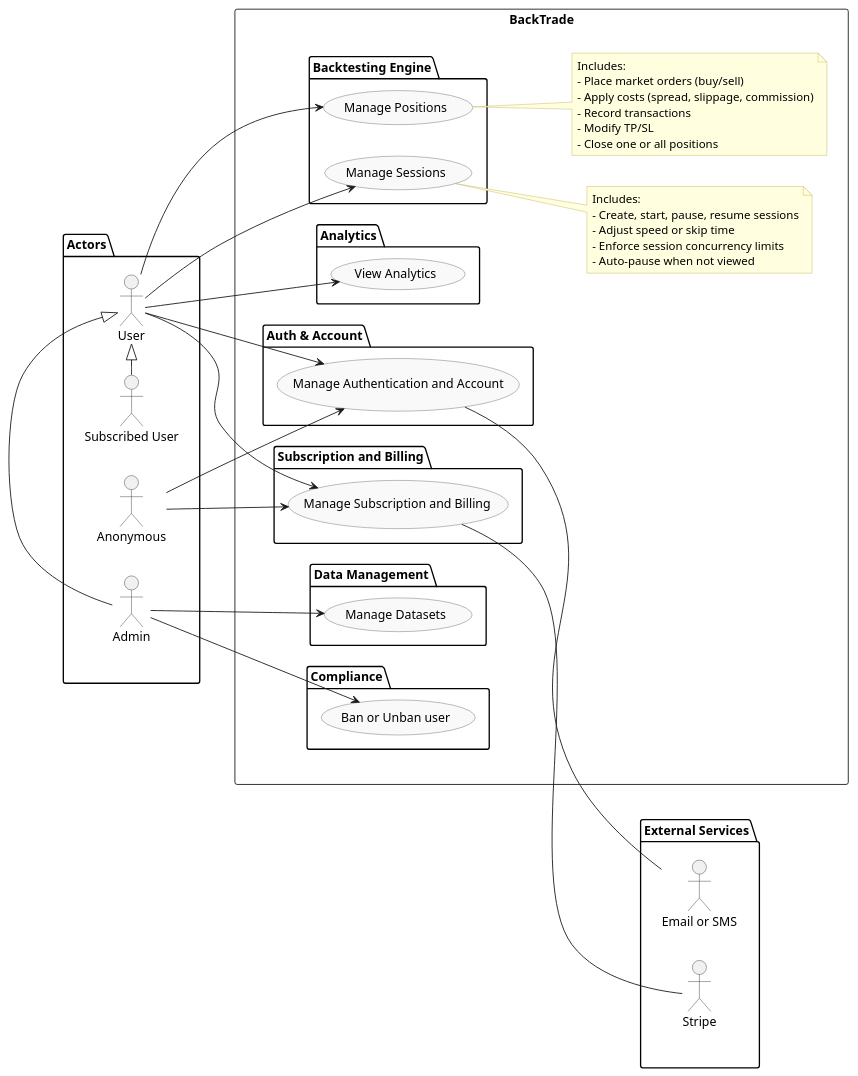
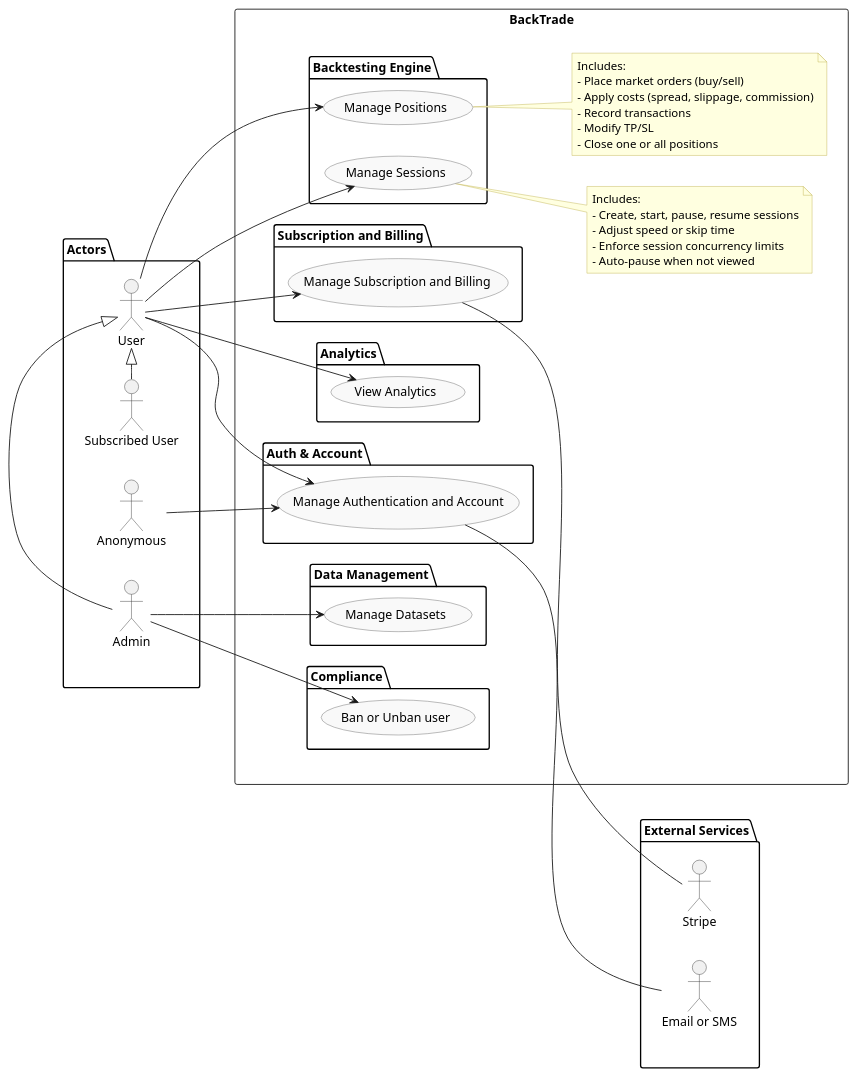
One commit to DamienReichhart/BackTrade changed the diagram in documentation/use-cases/use-cases.iuml. Above: the diagram before and after it, drawn with PlantUML. The commit also changed 1 other file, not shown here.

Commit message:
Updated use case diagram to remoove ananymous users to manage subscriptions

```diff
--- a/documentation/use-cases/use-cases.iuml
+++ b/documentation/use-cases/use-cases.iuml
@@ -1,94 +1,93 @@
 @startuml
 left to right direction
 skinparam usecaseBackgroundColor #f9f9f9
 skinparam usecaseBorderColor #666666
 skinparam actorBorderColor #333333
 skinparam noteBackgroundColor #ffffe0
 skinparam noteBorderColor #bfb24d
 
 ' === Actors ===
 package "Actors" as ACT {
   actor "Anonymous" as Anon
   actor "User" as User
   actor "Subscribed User" as Subscribed
   actor "Admin" as Admin
 
   Subscribed -|> User
   Admin -|> User
 }
 
 ' === System ===
 rectangle BackTrade {
   package "Auth & Account" as A {
     (Manage Authentication and Account) as UC_AUTH
   }
 
   package "Subscription and Billing" as B {
     (Manage Subscription and Billing) as UC_BILLING
   }
 
   package "Data Management" as C {
     (Manage Datasets) as UC_DATA
   }
 
   package "Backtesting Engine" as D {
     (Manage Sessions) as UC_SESSIONS
     (Manage Positions) as UC_POSITIONS
   }
 
   package "Analytics" as E {
     (View Analytics) as UC_ANALYTICS
   }
 
   package "Compliance" as G {
     (Ban or Unban user) as UC_BAN
   }
 
   note right of UC_SESSIONS
   Includes:
   - Create, start, pause, resume sessions
   - Adjust speed or skip time
   - Enforce session concurrency limits
   - Auto-pause when not viewed
   end note
 
   note right of UC_POSITIONS
   Includes:
   - Place market orders (buy/sell)
   - Apply costs (spread, slippage, commission)
   - Record transactions
   - Modify TP/SL
   - Close one or all positions
   end note
 }
 
 ' === External Services ===
 package "External Services" as EXT {
   actor "Stripe" as Stripe
   actor "Email or SMS" as Mail
 }
 
 ACT -[hidden]-> BackTrade
 BackTrade -[hidden]-> EXT
 
 ' === Actor links ===
 Anon --> UC_AUTH
 User --> UC_AUTH
 
-Anon --> UC_BILLING
 User --> UC_BILLING
 
 Admin --> UC_DATA
 
 User --> UC_SESSIONS
 User --> UC_POSITIONS
 
 User --> UC_ANALYTICS
 
 Admin --> UC_BAN
 
 ' === Integrations ===
 UC_BILLING -right- Stripe
 UC_AUTH -right- Mail
 
 @enduml
```
